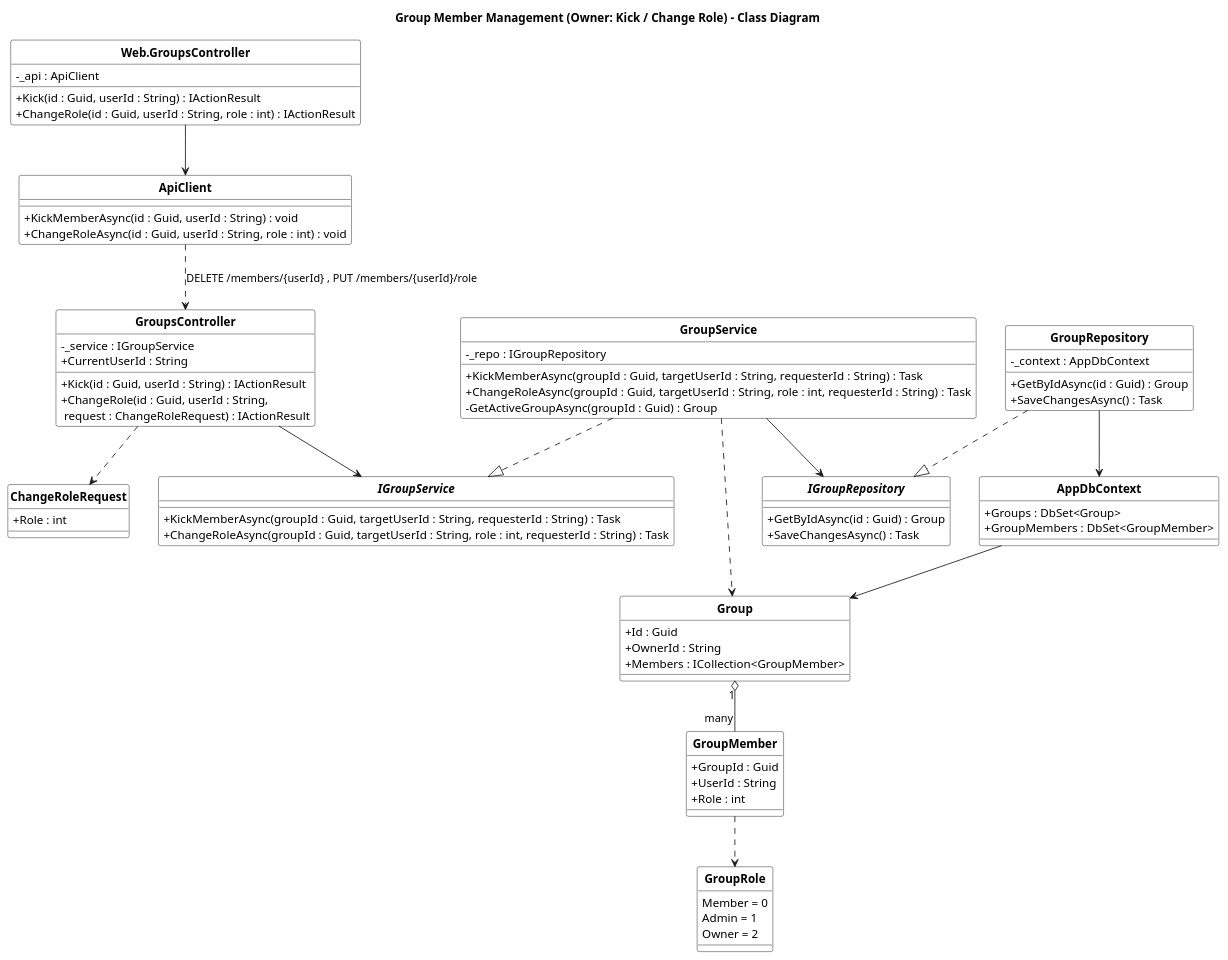
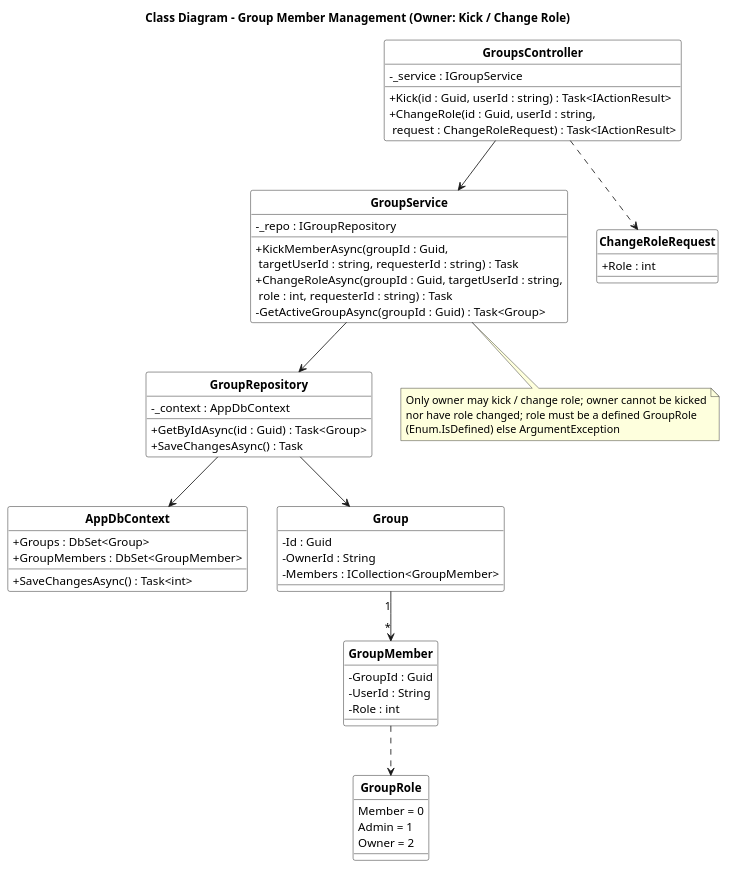
Before and after one commit to HKDuy23114/minisocial: the diagram in docs/diagrams/class/class_group_member_manage.puml, drawn with PlantUML. The commit also changed 9 other files, not shown here.

Commit message:
docs: rework group class diagrams to backend-layered per-feature style (match overview); add group feed & post delete

```diff
--- a/docs/diagrams/class/class_group_member_manage.puml
+++ b/docs/diagrams/class/class_group_member_manage.puml
@@ -1,88 +1,69 @@
 @startuml class_group_member_manage
-title Group Member Management (Owner: Kick / Change Role) - Class Diagram
 hide circle
 skinparam classAttributeIconSize 0
-skinparam packageStyle rectangle
 skinparam class {
   BackgroundColor white
   BorderColor black
   FontName "Arial"
   FontStyle bold
 }
-
-class "Web.GroupsController" as Web {
-  -_api : ApiClient
-  +Kick(id : Guid, userId : String) : IActionResult
-  +ChangeRole(id : Guid, userId : String, role : int) : IActionResult
-}
-
-class ApiClient {
-  +KickMemberAsync(id : Guid, userId : String) : void
-  +ChangeRoleAsync(id : Guid, userId : String, role : int) : void
-}
+title Class Diagram - Group Member Management (Owner: Kick / Change Role)
 
 class GroupsController {
   -_service : IGroupService
-  +CurrentUserId : String
-  +Kick(id : Guid, userId : String) : IActionResult
-  +ChangeRole(id : Guid, userId : String,\n request : ChangeRoleRequest) : IActionResult
+  +Kick(id : Guid, userId : string) : Task<IActionResult>
+  +ChangeRole(id : Guid, userId : string,\n request : ChangeRoleRequest) : Task<IActionResult>
 }
 
-interface IGroupService {
-  +KickMemberAsync(groupId : Guid, targetUserId : String, requesterId : String) : Task
-  +ChangeRoleAsync(groupId : Guid, targetUserId : String, role : int, requesterId : String) : Task
-}
 class GroupService {
   -_repo : IGroupRepository
-  +KickMemberAsync(groupId : Guid, targetUserId : String, requesterId : String) : Task
-  +ChangeRoleAsync(groupId : Guid, targetUserId : String, role : int, requesterId : String) : Task
-  -GetActiveGroupAsync(groupId : Guid) : Group
+  +KickMemberAsync(groupId : Guid,\n targetUserId : string, requesterId : string) : Task
+  +ChangeRoleAsync(groupId : Guid, targetUserId : string,\n role : int, requesterId : string) : Task
+  -GetActiveGroupAsync(groupId : Guid) : Task<Group>
 }
 
-interface IGroupRepository {
-  +GetByIdAsync(id : Guid) : Group
-  +SaveChangesAsync() : Task
-}
 class GroupRepository {
   -_context : AppDbContext
-  +GetByIdAsync(id : Guid) : Group
+  +GetByIdAsync(id : Guid) : Task<Group>
   +SaveChangesAsync() : Task
 }
 
 class AppDbContext {
   +Groups : DbSet<Group>
   +GroupMembers : DbSet<GroupMember>
+  +SaveChangesAsync() : Task<int>
 }
 
-class ChangeRoleRequest {
-  +Role : int
-}
 class Group {
-  +Id : Guid
-  +OwnerId : String
-  +Members : ICollection<GroupMember>
+  -Id : Guid
+  -OwnerId : String
+  -Members : ICollection<GroupMember>
 }
 class GroupMember {
-  +GroupId : Guid
-  +UserId : String
-  +Role : int
+  -GroupId : Guid
+  -UserId : String
+  -Role : int
 }
 enum GroupRole {
   Member = 0
   Admin = 1
   Owner = 2
 }
+class ChangeRoleRequest {
+  +Role : int
+}
 
-Web --> ApiClient
-ApiClient ..> GroupsController : DELETE /members/{userId} , PUT /members/{userId}/role
+GroupsController --> GroupService
 GroupsController ..> ChangeRoleRequest
-GroupsController --> IGroupService
-GroupService ..|> IGroupService
-GroupService --> IGroupRepository
-GroupRepository ..|> IGroupRepository
+GroupService --> GroupRepository
 GroupRepository --> AppDbContext
-AppDbContext --> Group
-Group "1" o-- "many" GroupMember
+GroupRepository --> Group
+Group "1" --> "*" GroupMember
 GroupMember ..> GroupRole
-GroupService ..> Group
+
+note bottom of GroupService
+  Only owner may kick / change role; owner cannot be kicked
+  nor have role changed; role must be a defined GroupRole
+  (Enum.IsDefined) else ArgumentException
+end note
 @enduml
```
